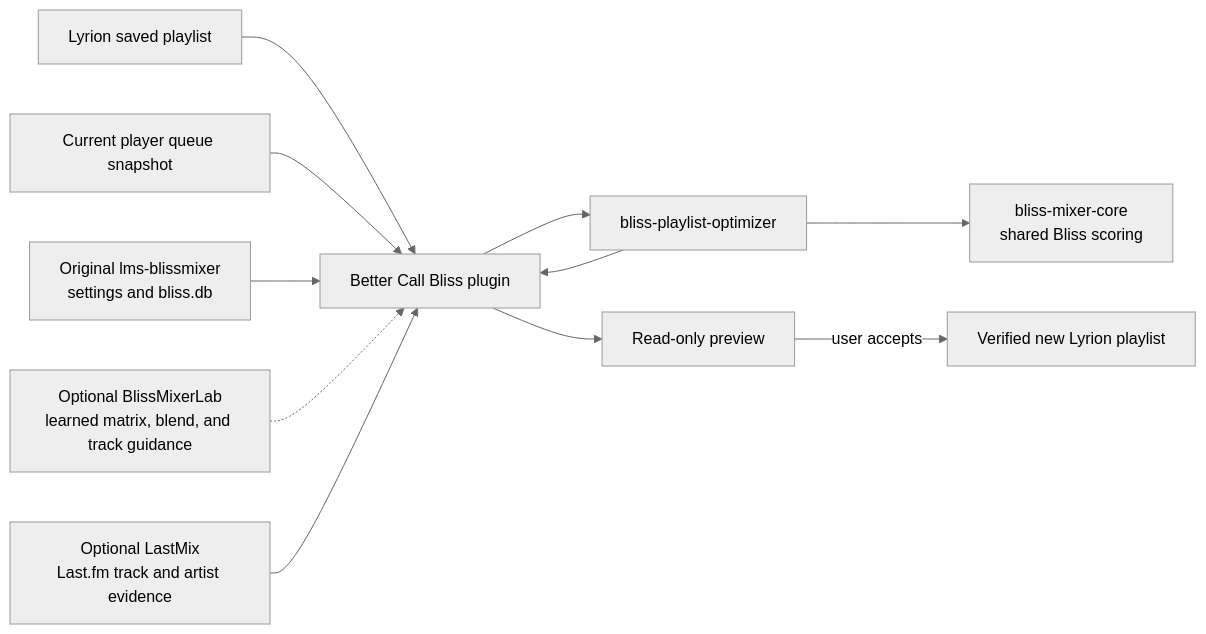
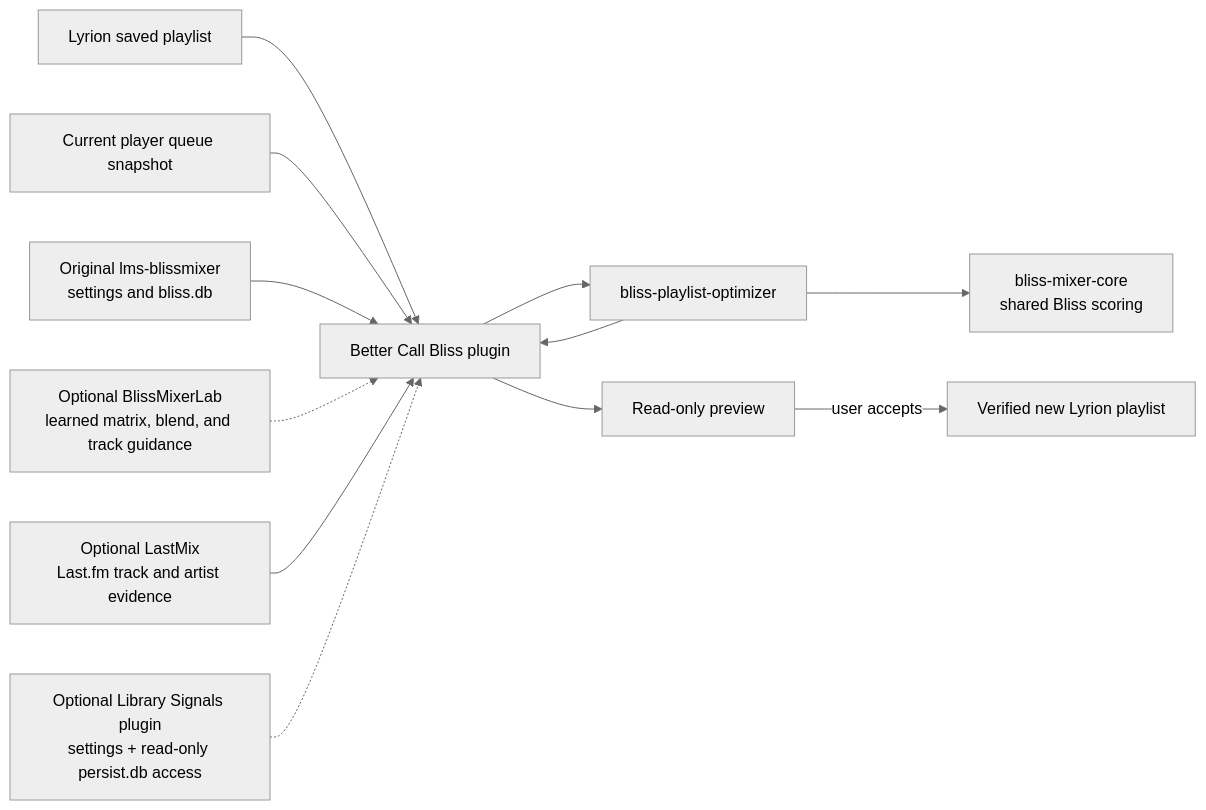
The diagram in README.md (chrober/lms-better-call-bliss), drawn with Mermaid (neutral theme) before and after one commit. The commit also changed other lines of this file and 2 other files, not shown here.

Commit message:
docs: describe discovered library guidance providers

```diff
--- a/README.md
+++ b/README.md
@@ -180,13 +190,14 @@
 ~~~mermaid
 flowchart LR
     LMS["Lyrion saved playlist"] --> P["Better Call Bliss plugin"]
     Q["Current player queue snapshot"] --> P
     BM["Original lms-blissmixer<br/>settings and bliss.db"] --> P
     BME["Optional BlissMixerLab<br/>learned matrix, blend, and track guidance"] -.-> P
     LM["Optional LastMix<br/>Last.fm track and artist evidence"] --> P
+    LS["Optional Library Signals plugin<br/>settings + read-only persist.db access"] -.-> P
     P --> O["bliss-playlist-optimizer"]
     O --> C["bliss-mixer-core<br/>shared Bliss scoring"]
     O --> P
     P --> V["Read-only preview"]
     V -->|"user accepts"| N["Verified new Lyrion playlist"]
 ~~~
```
